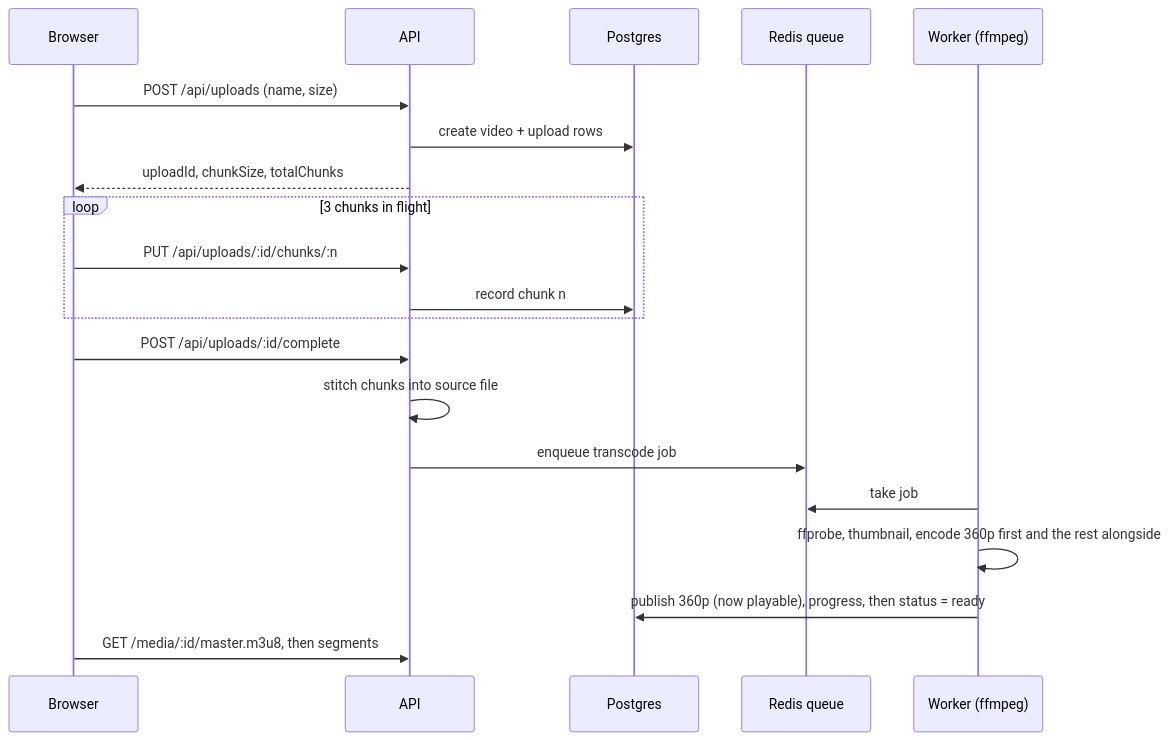
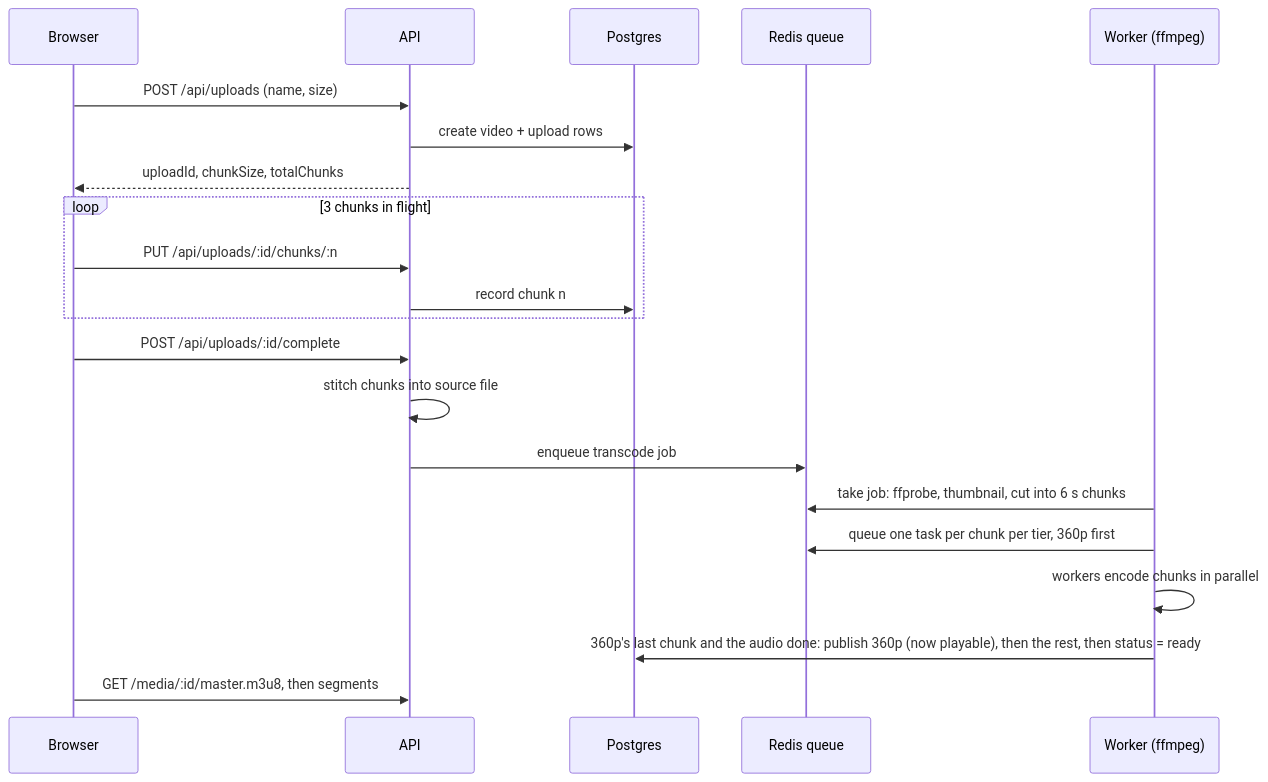
Before and after one commit to siddarthamuppalla/video-platform: the first of 2 diagrams in README.md, drawn with Mermaid. The commit also changed other lines of this file and 17 other files, not shown here.

````diff
--- a/README.md
+++ b/README.md
@@ -30,22 +30,23 @@
 ```mermaid
 sequenceDiagram
   participant B as Browser
   participant A as API
   participant D as Postgres
   participant Q as Redis queue
   participant W as Worker (ffmpeg)
   B->>A: POST /api/uploads (name, size)
   A->>D: create video + upload rows
   A-->>B: uploadId, chunkSize, totalChunks
   loop 3 chunks in flight
     B->>A: PUT /api/uploads/:id/chunks/:n
     A->>D: record chunk n
   end
   B->>A: POST /api/uploads/:id/complete
   A->>A: stitch chunks into source file
   A->>Q: enqueue transcode job
-  W->>Q: take job
-  W->>W: ffprobe, thumbnail, encode 360p first and the rest alongside
-  W->>D: publish 360p (now playable), progress, then status = ready
+  W->>Q: take job: ffprobe, thumbnail, cut into 6 s chunks
+  W->>Q: queue one task per chunk per tier, 360p first
+  W->>W: workers encode chunks in parallel
+  W->>D: 360p's last chunk and the audio done: publish 360p (now playable), then the rest, then status = ready
   B->>A: GET /media/:id/master.m3u8, then segments
 ```
````
